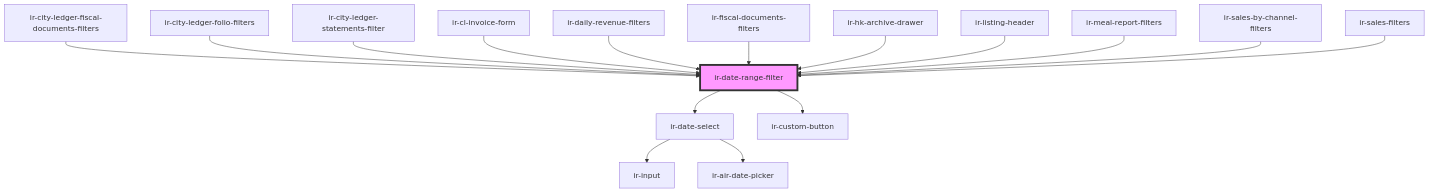
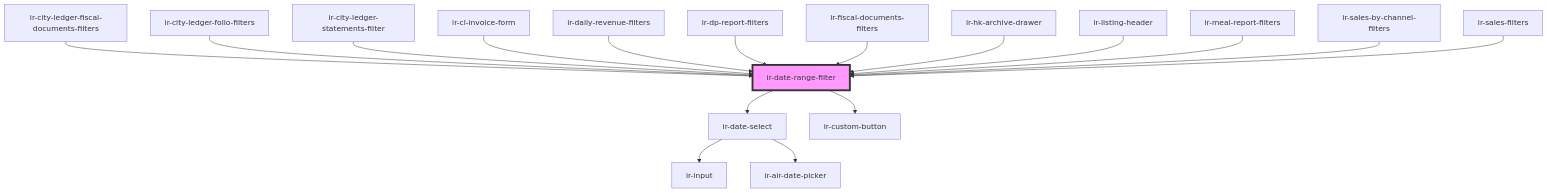
One commit to RonyRizk/ir-webcmp changed the diagram in src/components/ui/ir-date-range-filter/readme.md. Above: the diagram before and after it, drawn with Mermaid. The commit also changed other lines of this file and 107 other files, not shown here.

````diff
--- a/src/components/ui/ir-date-range-filter/readme.md
+++ b/src/components/ui/ir-date-range-filter/readme.md
@@ -91,19 +93,20 @@
 ```mermaid
 graph TD;
   ir-date-range-filter --> ir-date-select
   ir-date-range-filter --> ir-custom-button
   ir-date-select --> ir-input
   ir-date-select --> ir-air-date-picker
   ir-city-ledger-fiscal-documents-filters --> ir-date-range-filter
   ir-city-ledger-folio-filters --> ir-date-range-filter
   ir-city-ledger-statements-filter --> ir-date-range-filter
   ir-cl-invoice-form --> ir-date-range-filter
   ir-daily-revenue-filters --> ir-date-range-filter
+  ir-dp-report-filters --> ir-date-range-filter
   ir-fiscal-documents-filters --> ir-date-range-filter
   ir-hk-archive-drawer --> ir-date-range-filter
   ir-listing-header --> ir-date-range-filter
   ir-meal-report-filters --> ir-date-range-filter
   ir-sales-by-channel-filters --> ir-date-range-filter
   ir-sales-filters --> ir-date-range-filter
   style ir-date-range-filter fill:#f9f,stroke:#333,stroke-width:4px
 ```
````
